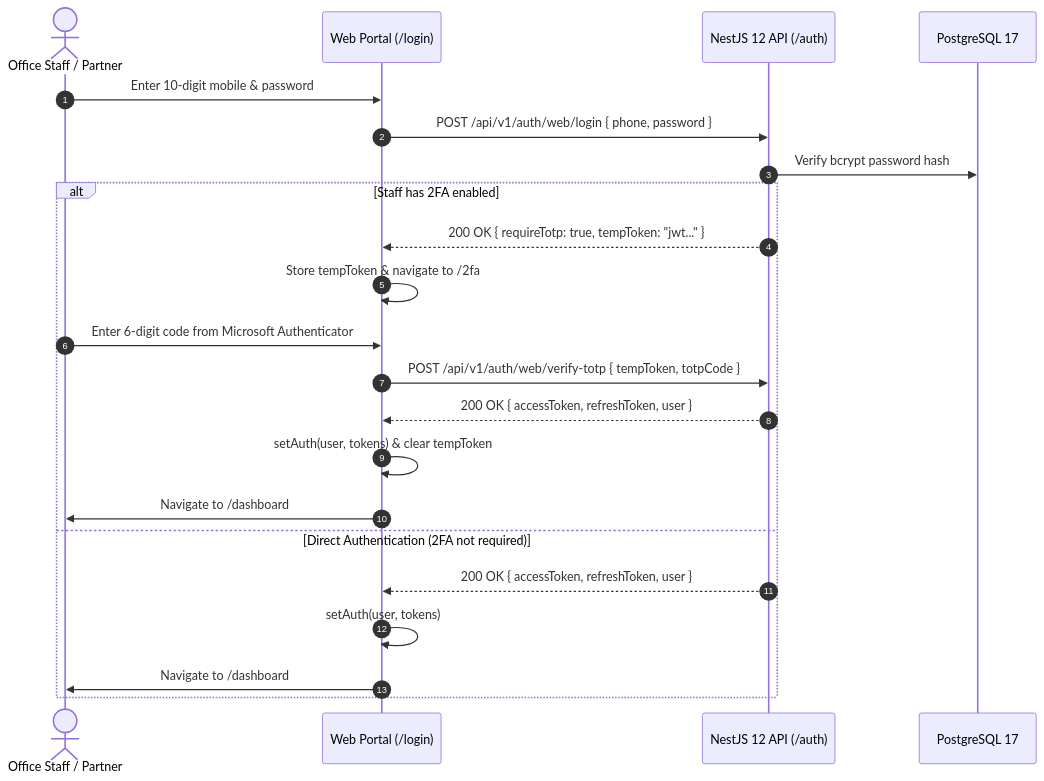
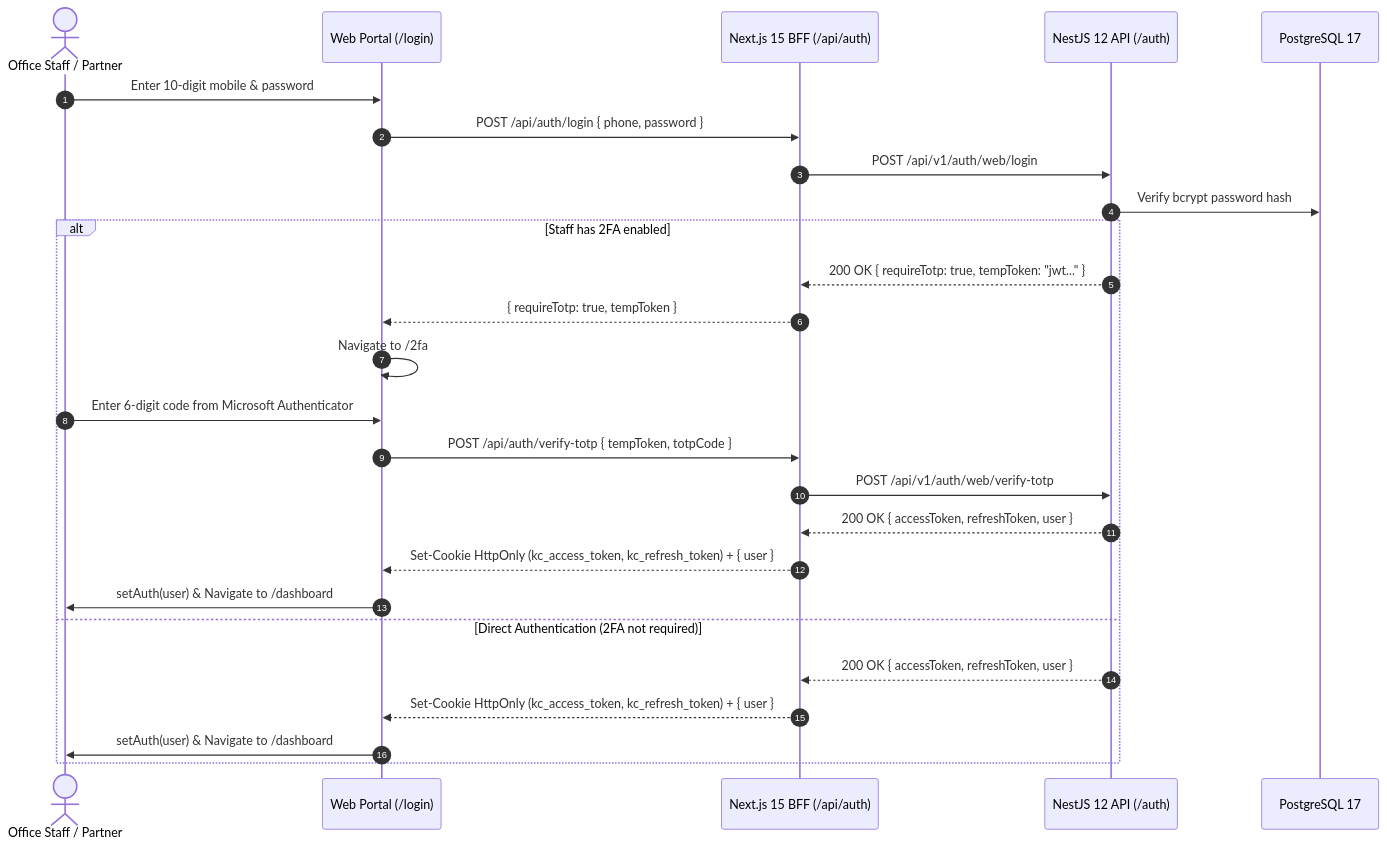
One commit to Kathir-24/Kumaran-finance changed the first of 2 diagrams in docs/web/authentication-and-identity.md. Above: the diagram before and after it, drawn with Mermaid. The commit also changed other lines of this file and 12 other files, not shown here.

Commit message:
fix(auth,bff): eliminate concurrent 401 refresh race and add Redis contention coalescing (DEF-FE-01)

````diff
--- a/docs/web/authentication-and-identity.md
+++ b/docs/web/authentication-and-identity.md
@@ -64,25 +71,29 @@
 ```mermaid
 sequenceDiagram
     autonumber
     actor Staff as Office Staff / Partner
     participant Web as Web Portal (/login)
+    participant BFF as Next.js 15 BFF (/api/auth)
     participant API as NestJS 12 API (/auth)
     participant DB as PostgreSQL 17
 
     Staff->>Web: Enter 10-digit mobile & password
-    Web->>API: POST /api/v1/auth/web/login { phone, password }
+    Web->>BFF: POST /api/auth/login { phone, password }
+    BFF->>API: POST /api/v1/auth/web/login
     API->>DB: Verify bcrypt password hash
     alt Staff has 2FA enabled
-        API-->>Web: 200 OK { requireTotp: true, tempToken: "jwt..." }
-        Web->>Web: Store tempToken & navigate to /2fa
+        API-->>BFF: 200 OK { requireTotp: true, tempToken: "jwt..." }
+        BFF-->>Web: { requireTotp: true, tempToken }
+        Web->>Web: Navigate to /2fa
         Staff->>Web: Enter 6-digit code from Microsoft Authenticator
-        Web->>API: POST /api/v1/auth/web/verify-totp { tempToken, totpCode }
-        API-->>Web: 200 OK { accessToken, refreshToken, user }
-        Web->>Web: setAuth(user, tokens) & clear tempToken
-        Web->>Staff: Navigate to /dashboard
+        Web->>BFF: POST /api/auth/verify-totp { tempToken, totpCode }
+        BFF->>API: POST /api/v1/auth/web/verify-totp
+        API-->>BFF: 200 OK { accessToken, refreshToken, user }
+        BFF-->>Web: Set-Cookie HttpOnly (kc_access_token, kc_refresh_token) + { user }
+        Web->>Staff: setAuth(user) & Navigate to /dashboard
     else Direct Authentication (2FA not required)
-        API-->>Web: 200 OK { accessToken, refreshToken, user }
-        Web->>Web: setAuth(user, tokens)
-        Web->>Staff: Navigate to /dashboard
+        API-->>BFF: 200 OK { accessToken, refreshToken, user }
+        BFF-->>Web: Set-Cookie HttpOnly (kc_access_token, kc_refresh_token) + { user }
+        Web->>Staff: setAuth(user) & Navigate to /dashboard
     end
 ```
````
